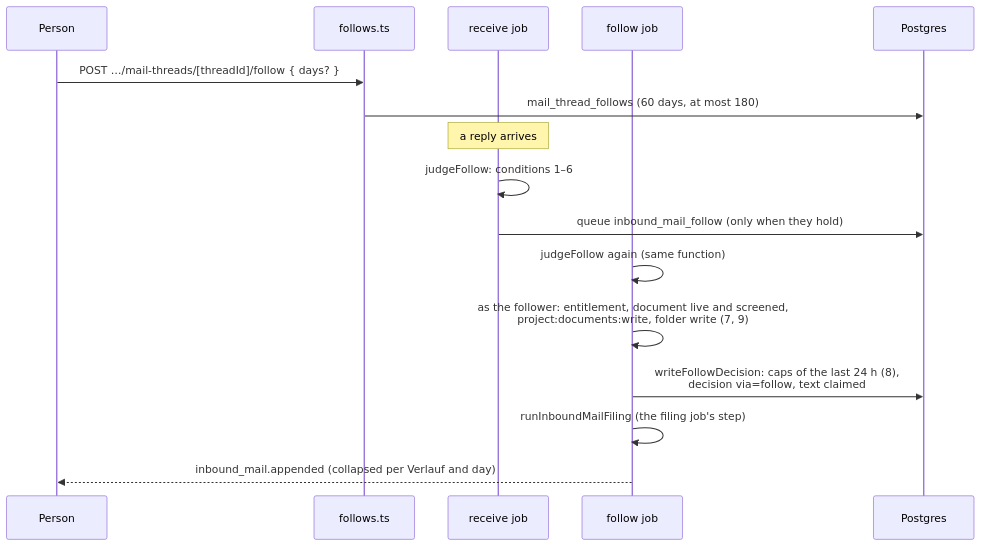
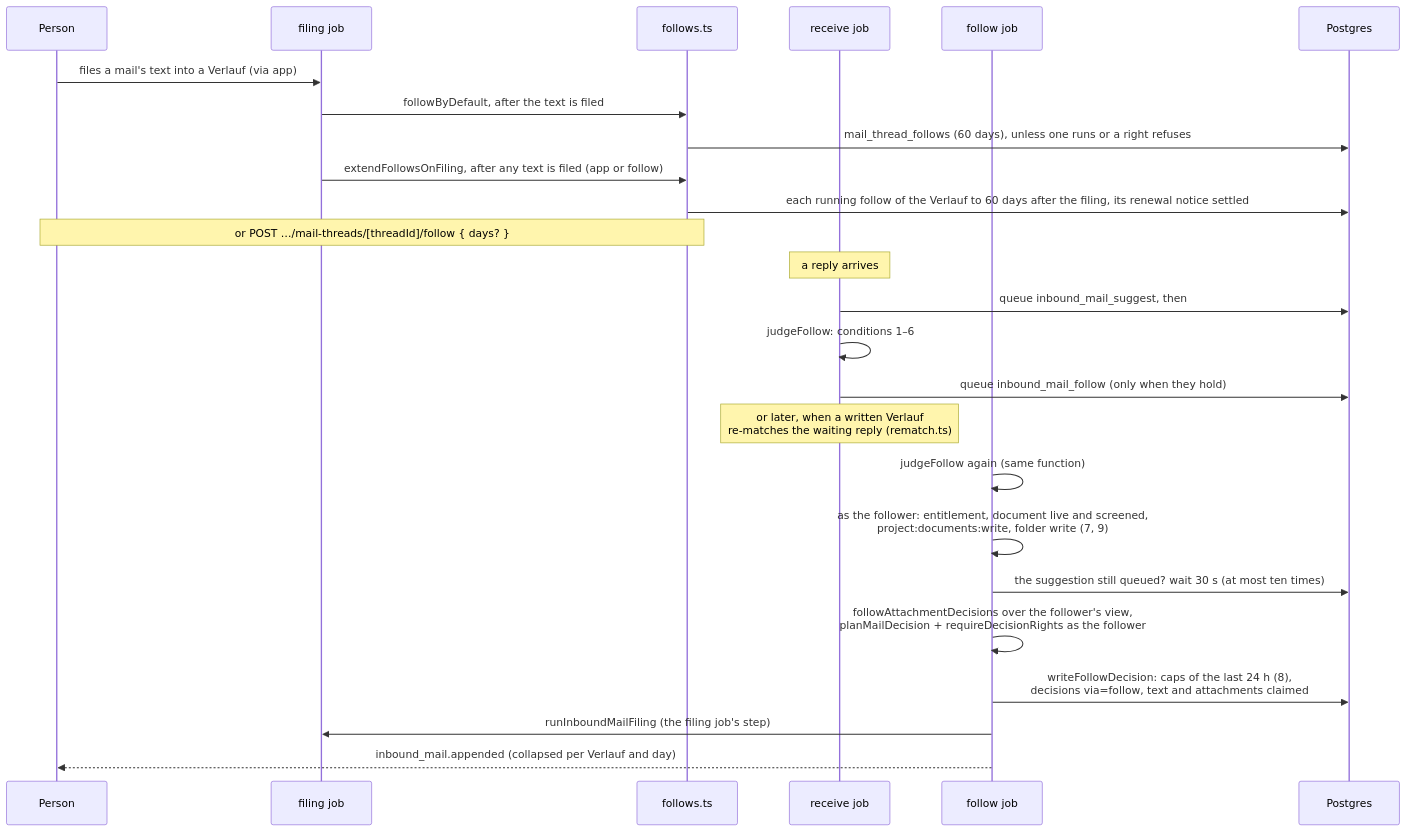
The second of 2 diagrams in docs/architecture/inbound-mail.md (archos-at/archos), drawn with Mermaid before and after one commit. The commit also changed other lines of this file and 348 other files, not shown here.

First line of the commit message:
feat(inbound-mail): make the E-Mail-Eingang usable — reliability, trust and UX pass (#1852)

````diff
--- a/docs/architecture/inbound-mail.md
+++ b/docs/architecture/inbound-mail.md
@@ -494,18 +723,27 @@
 ```mermaid
 sequenceDiagram
   participant P as Person
+  participant FI as filing job
   participant F as follows.ts
   participant RJ as receive job
   participant FJ as follow job
   participant DB as Postgres
-  P->>F: POST …/mail-threads/[threadId]/follow { days? }
-  F->>DB: mail_thread_follows (60 days, at most 180)
+  P->>FI: files a mail's text into a Verlauf (via app)
+  FI->>F: followByDefault, after the text is filed
+  F->>DB: mail_thread_follows (60 days), unless one runs or a right refuses
+  FI->>F: extendFollowsOnFiling, after any text is filed (app or follow)
+  F->>DB: each running follow of the Verlauf to 60 days after the filing, its renewal notice settled
+  Note over P,F: or POST …/mail-threads/[threadId]/follow { days? }
   Note over RJ: a reply arrives
+  RJ->>DB: queue inbound_mail_suggest, then
   RJ->>RJ: judgeFollow: conditions 1–6
   RJ->>DB: queue inbound_mail_follow (only when they hold)
+  Note over RJ: or later, when a written Verlauf<br/>re-matches the waiting reply (rematch.ts)
   FJ->>FJ: judgeFollow again (same function)
   FJ->>FJ: as the follower: entitlement, document live and screened,<br/>project:documents:write, folder write (7, 9)
-  FJ->>DB: writeFollowDecision: caps of the last 24 h (8),<br/>decision via=follow, text claimed
-  FJ->>FJ: runInboundMailFiling (the filing job's step)
+  FJ->>DB: the suggestion still queued? wait 30 s (at most ten times)
+  FJ->>FJ: followAttachmentDecisions over the follower's view,<br/>planMailDecision + requireDecisionRights as the follower
+  FJ->>DB: writeFollowDecision: caps of the last 24 h (8),<br/>decisions via=follow, text and attachments claimed
+  FJ->>FI: runInboundMailFiling (the filing job's step)
   FJ-->>P: inbound_mail.appended (collapsed per Verlauf and day)
 ```
````
